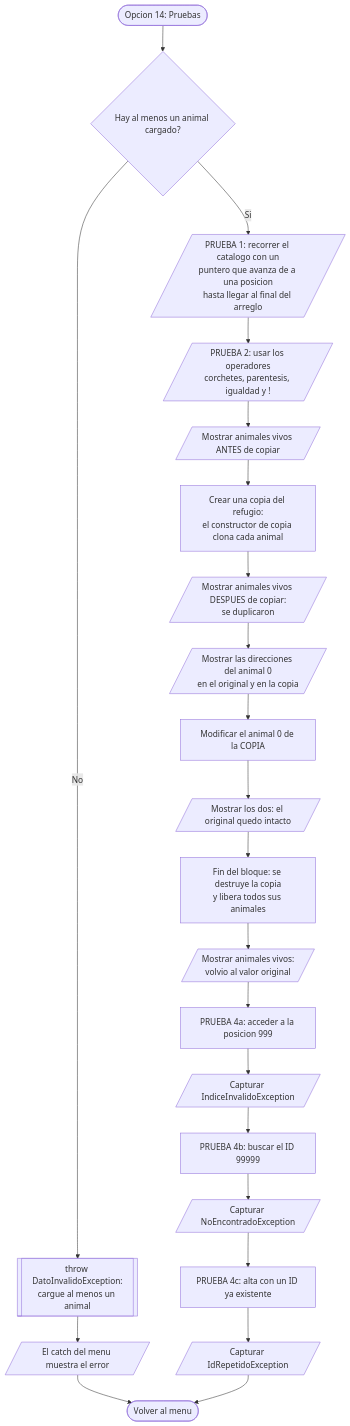
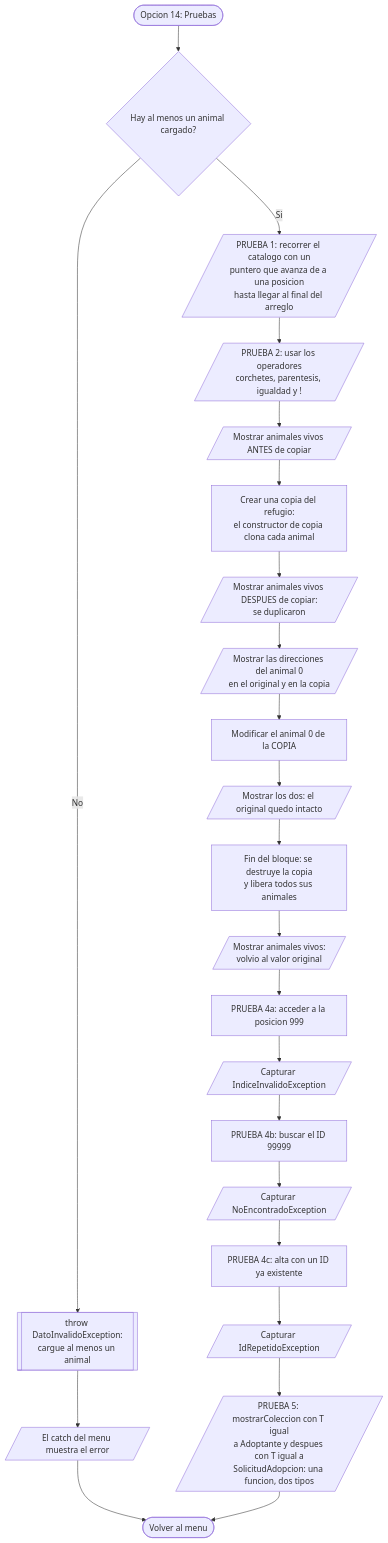
Before and after one commit to tobiastardivo/REFUGIO: diagram 17 of 18 in DIAGRAMAS.md, drawn with Mermaid. The commit also changed other lines of this file and 7 other files, not shown here.

````diff
--- a/DIAGRAMAS.md
+++ b/DIAGRAMAS.md
@@ -572,29 +588,30 @@
 ```mermaid
 flowchart TD
     INI(["Opcion 14: Pruebas"])
     HAY{"Hay al menos un animal cargado?"}
     THROW[["throw DatoInvalidoException:<br/>cargue al menos un animal"]]
     P1[/"PRUEBA 1: recorrer el catalogo con un<br/>puntero que avanza de a una posicion<br/>hasta llegar al final del arreglo"/]
     P2[/"PRUEBA 2: usar los operadores<br/>corchetes, parentesis, igualdad y !"/]
     ANTES[/"Mostrar animales vivos ANTES de copiar"/]
     COPIA["Crear una copia del refugio:<br/>el constructor de copia clona cada animal"]
     DESP[/"Mostrar animales vivos DESPUES de copiar:<br/>se duplicaron"/]
     DIR[/"Mostrar las direcciones del animal 0<br/>en el original y en la copia"/]
     MOD["Modificar el animal 0 de la COPIA"]
     VER[/"Mostrar los dos: el original quedo intacto"/]
     DESTR["Fin del bloque: se destruye la copia<br/>y libera todos sus animales"]
     VUELVE[/"Mostrar animales vivos:<br/>volvio al valor original"/]
     E1["PRUEBA 4a: acceder a la posicion 999"]
     C1[/"Capturar IndiceInvalidoException"/]
     E2["PRUEBA 4b: buscar el ID 99999"]
     C2[/"Capturar NoEncontradoException"/]
     E3["PRUEBA 4c: alta con un ID ya existente"]
     C3[/"Capturar IdRepetidoException"/]
+    G1[/"PRUEBA 5: mostrarColeccion con T igual<br/>a Adoptante y despues con T igual a<br/>SolicitudAdopcion: una funcion, dos tipos"/]
     CATCH[/"El catch del menu muestra el error"/]
     FIN(["Volver al menu"])
 
     INI --> HAY
     HAY -->|"No"| THROW --> CATCH --> FIN
     HAY -->|"Si"| P1 --> P2 --> ANTES --> COPIA --> DESP --> DIR --> MOD --> VER --> DESTR --> VUELVE
-    VUELVE --> E1 --> C1 --> E2 --> C2 --> E3 --> C3 --> FIN
+    VUELVE --> E1 --> C1 --> E2 --> C2 --> E3 --> C3 --> G1 --> FIN
 ```
````
